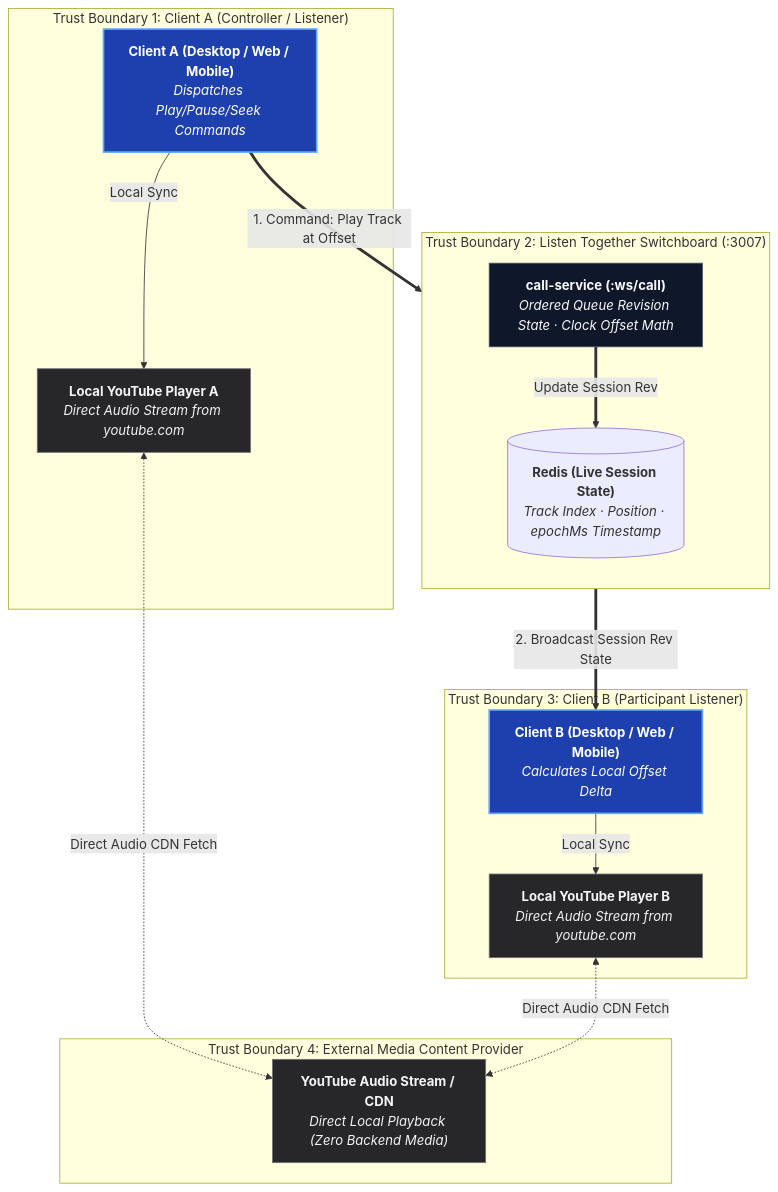
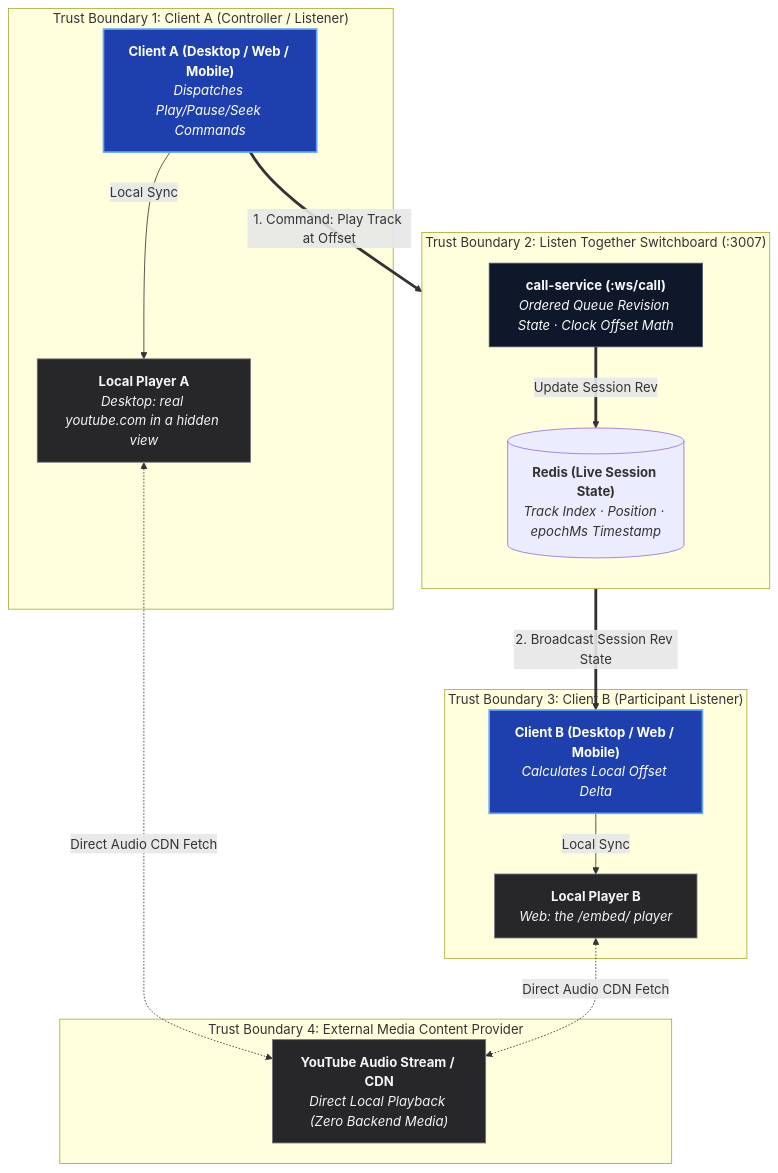
One commit to aiyu-ayaan/BetweenUs changed the diagram in docs/docs/architecture/listen-together.md. Above: the diagram before and after it, drawn with Mermaid. The commit also changed other lines of this file and 3 other files, not shown here.

First line of the commit message:
docs(listen): audio only, and a player that does not ask permission

````diff
--- a/docs/docs/architecture/listen-together.md
+++ b/docs/docs/architecture/listen-together.md
@@ -21,44 +25,44 @@
 ```mermaid
 flowchart TD
     %% TIER 1: CLIENT CONTROLLER
     subgraph T_CLIENT_A ["Trust Boundary 1: Client A (Controller / Listener)"]
         ClientA["<b>Client A (Desktop / Web / Mobile)</b><br/><i>Dispatches Play/Pause/Seek Commands</i>"]
-        LocalYT_A["<b>Local YouTube Player A</b><br/><i>Direct Audio Stream from youtube.com</i>"]
+        LocalYT_A["<b>Local Player A</b><br/><i>Desktop: real youtube.com in a hidden view</i>"]
         ClientA -->|"Local Sync"| LocalYT_A
     end
 
     %% TIER 2: SIGNALING & QUEUE COORDINATION
     subgraph T_COORDINATOR ["Trust Boundary 2: Listen Together Switchboard (:3007)"]
         direction TB
         CallSvc["<b>call-service (:ws/call)</b><br/><i>Ordered Queue Revision State · Clock Offset Math</i>"]
         RedisSession[("<b>Redis (Live Session State)</b><br/><i>Track Index · Position · epochMs Timestamp</i>")]
         CallSvc ==>|"Update Session Rev"| RedisSession
     end
 
     %% TIER 3: CLIENT LISTENER B
     subgraph T_CLIENT_B ["Trust Boundary 3: Client B (Participant Listener)"]
         ClientB["<b>Client B (Desktop / Web / Mobile)</b><br/><i>Calculates Local Offset Delta</i>"]
-        LocalYT_B["<b>Local YouTube Player B</b><br/><i>Direct Audio Stream from youtube.com</i>"]
+        LocalYT_B["<b>Local Player B</b><br/><i>Web: the /embed/ player</i>"]
         ClientB -->|"Local Sync"| LocalYT_B
     end
 
     %% TIER 4: EXTERNAL YOUTUBE CDN
     subgraph T_EXTERNAL ["Trust Boundary 4: External Media Content Provider"]
         YT["<b>YouTube Audio Stream / CDN</b><br/><i>Direct Local Playback (Zero Backend Media)</i>"]
     end
 
     %% RUNTIME SIGNALING FLOW
     ClientA ==>|"1. Command: Play Track at Offset"| CallSvc
     CallSvc ==>|"2. Broadcast Session Rev State"| ClientB
     LocalYT_A <-.->|"Direct Audio CDN Fetch"| YT
     LocalYT_B <-.->|"Direct Audio CDN Fetch"| YT
 
     %% Styling
     classDef primary fill:#1e40af,stroke:#60a5fa,stroke-width:2px,color:#ffffff;
     classDef service fill:#0f172a,stroke:#475569,stroke-width:1px,color:#f8fafc;
     classDef ext fill:#27272a,stroke:#71717a,stroke-width:1px,color:#f4f4f5;
 
     class ClientA,ClientB primary;
     class CallSvc service;
     class LocalYT_A,LocalYT_B,YT ext;
 ```
````
